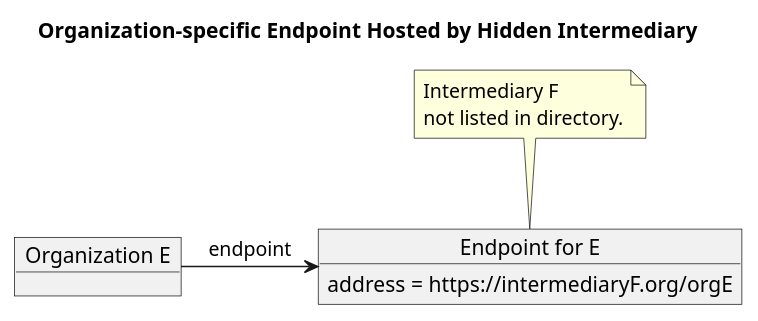
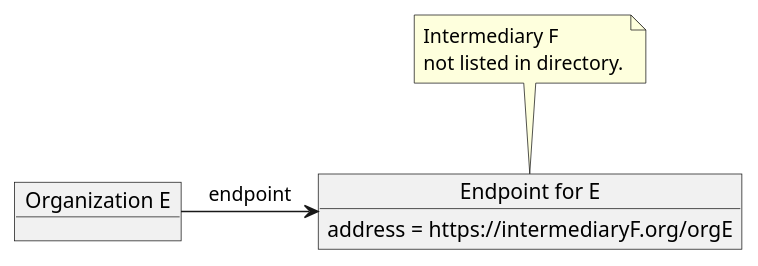
One commit to IHE/ITI.mCSD changed the diagram in input/images-source/dir-org-specific-endpoint-inter.plantuml. Above: the diagram before and after it, drawn with PlantUML.

```diff
--- a/input/images-source/dir-org-specific-endpoint-inter.plantuml
+++ b/input/images-source/dir-org-specific-endpoint-inter.plantuml
@@ -1,14 +1,12 @@
 @startuml
 hide footbox
-
-title Organization-specific Endpoint Hosted by Hidden Intermediary
 
 object "Organization E" as OrganizationE
 object "Endpoint for E" as EndpointE
 EndpointE : address = https://intermediaryF.org/orgE
 
 OrganizationE -> EndpointE : endpoint
 note "Intermediary F\nnot listed in directory." as N1
 N1 .. EndpointE
 
 @enduml
```
